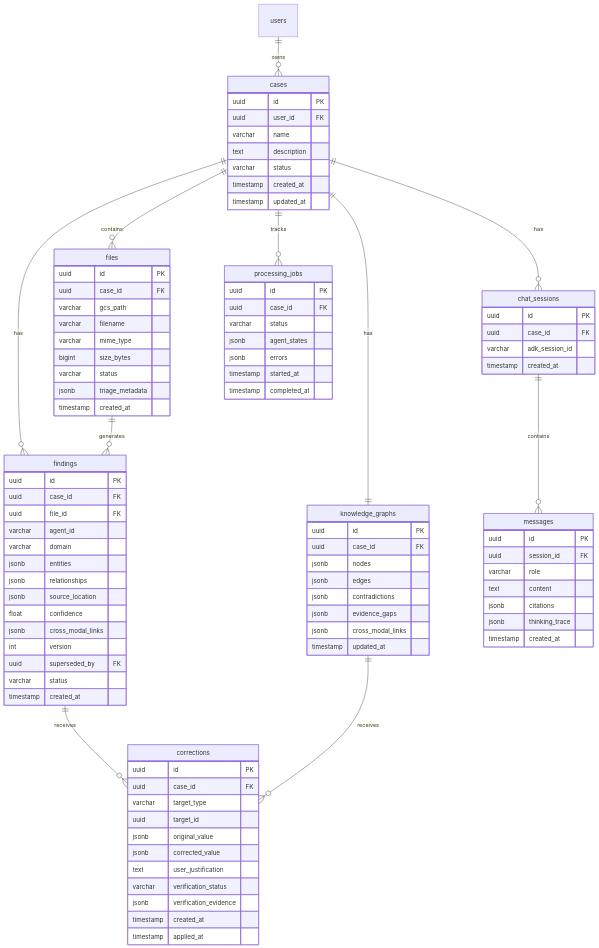
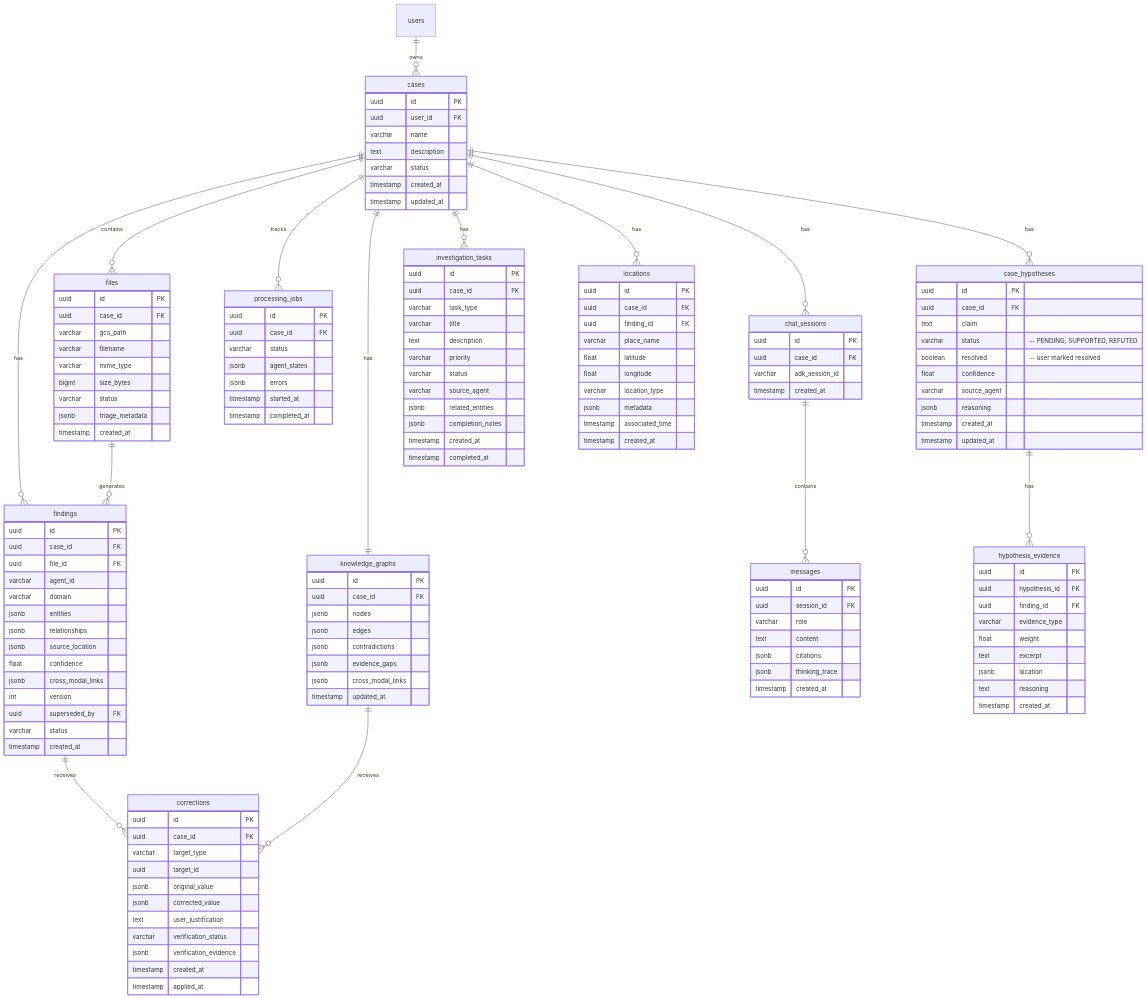
One commit to Siddharth-Khattar/holmes changed diagram 14 of 14 in .planning/research/ARCHITECTURE.md. Above: the diagram before and after it, drawn with Mermaid. The commit also changed other lines of this file and 9 other files, not shown here.

First line of the commit message:
docs: integrate and simplify hypothesis, research, geo, task systems

````diff
--- a/.planning/research/ARCHITECTURE.md
+++ b/.planning/research/ARCHITECTURE.md
@@ -1655,4 +1707,61 @@
 
     findings ||--o{ corrections : receives
     knowledge_graphs ||--o{ corrections : receives
+    cases ||--o{ case_hypotheses : has
+    case_hypotheses ||--o{ hypothesis_evidence : has
+    cases ||--o{ investigation_tasks : has
+    cases ||--o{ locations : has
+
+    case_hypotheses {
+        uuid id PK
+        uuid case_id FK
+        text claim
+        varchar status "-- PENDING, SUPPORTED, REFUTED"
+        boolean resolved "-- user marked resolved"
+        float confidence
+        varchar source_agent
+        jsonb reasoning
+        timestamp created_at
+        timestamp updated_at
+    }
+
+    hypothesis_evidence {
+        uuid id PK
+        uuid hypothesis_id FK
+        uuid finding_id FK
+        varchar evidence_type
+        float weight
+        text excerpt
+        jsonb location
+        text reasoning
+        timestamp created_at
+    }
+
+    investigation_tasks {
+        uuid id PK
+        uuid case_id FK
+        varchar task_type
+        varchar title
+        text description
+        varchar priority
+        varchar status
+        varchar source_agent
+        jsonb related_entities
+        jsonb completion_notes
+        timestamp created_at
+        timestamp completed_at
+    }
+
+    locations {
+        uuid id PK
+        uuid case_id FK
+        uuid finding_id FK
+        varchar place_name
+        float latitude
+        float longitude
+        varchar location_type
+        jsonb metadata
+        timestamp associated_time
+        timestamp created_at
+    }
 ```
````
